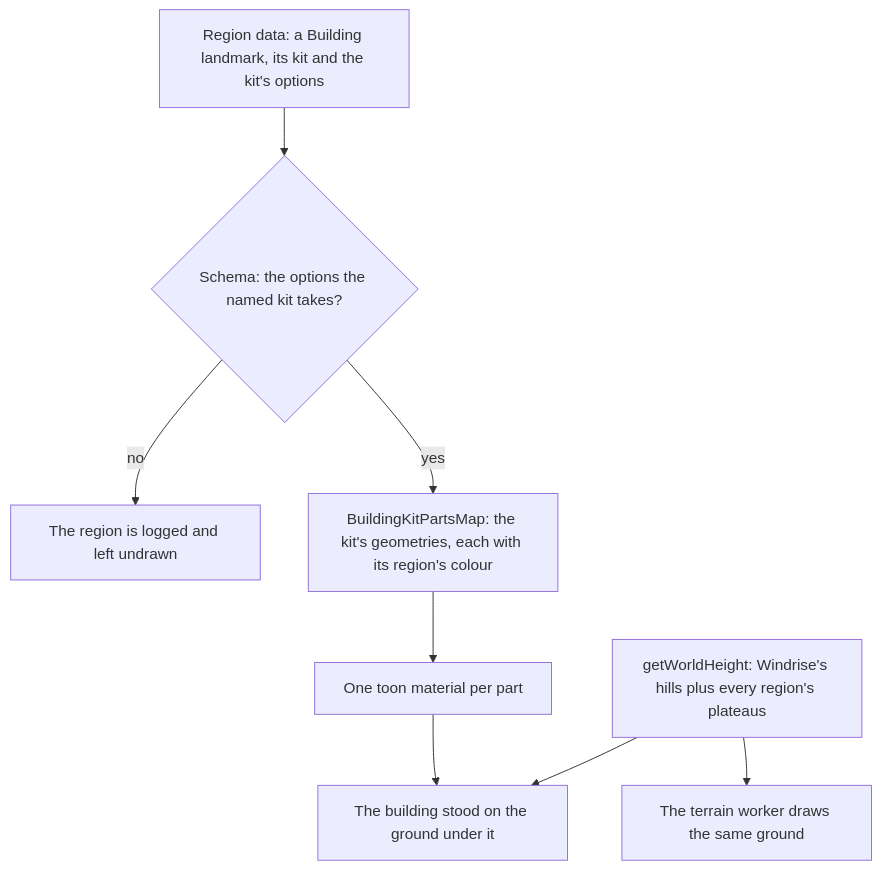
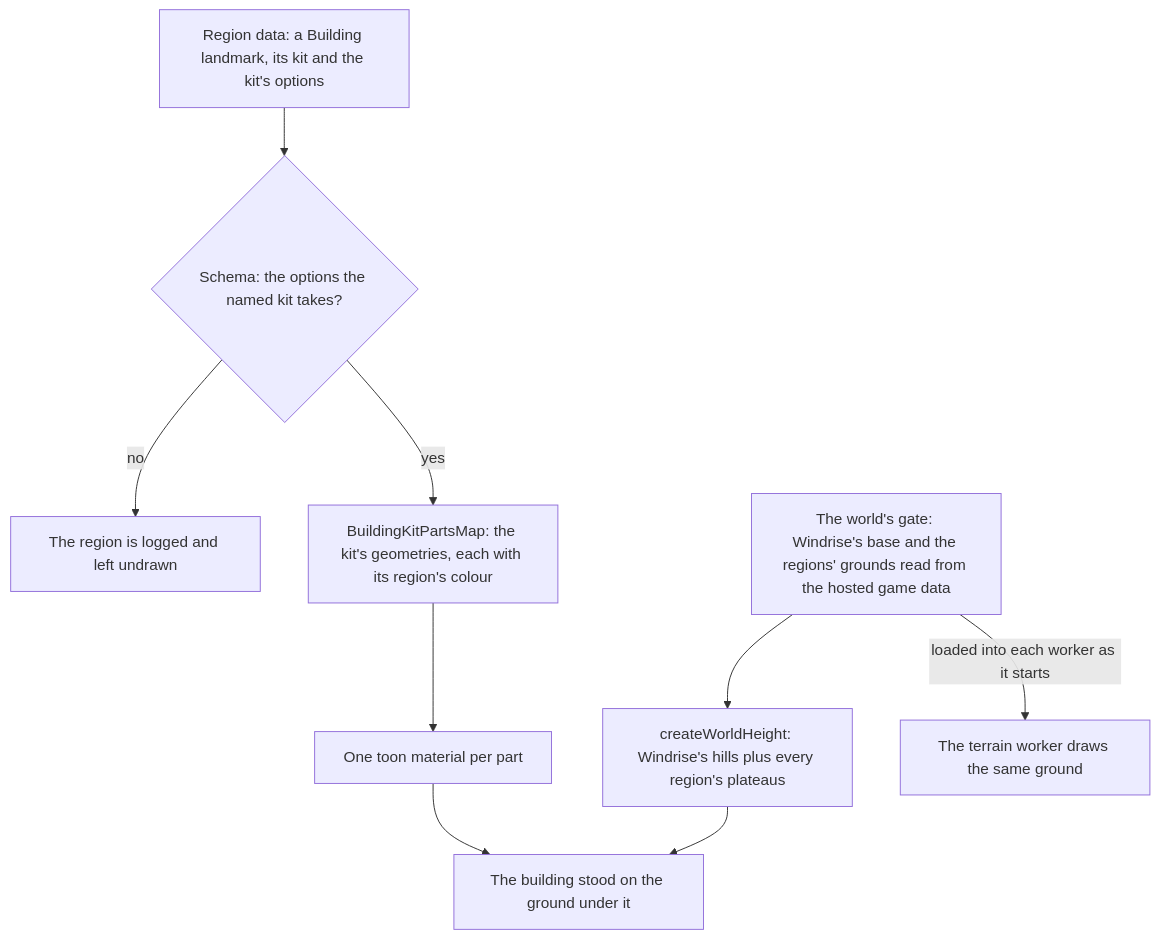
The diagram in apps/web/content/docs/genshin/region-buildings.md (Esposter/Esposter), drawn with Mermaid before and after one commit. The commit also changed other lines of this file and 17 other files, not shown here.

First line of the commit message:
docs(genshin): the world's gate reads the ground, catalogue and animals, the session hands the one ground down, and each terrain worker is loaded with its ground before its first tile

````diff
--- a/apps/web/content/docs/genshin/region-buildings.md
+++ b/apps/web/content/docs/genshin/region-buildings.md
@@ -12,10 +12,11 @@
 ```mermaid
 flowchart TD
   RD["Region data: a Building landmark, its kit and the kit's options"] --> SC{"Schema: the options the named kit takes?"}
   SC -->|no| ERR[The region is logged and left undrawn]
   SC -->|yes| MAP["BuildingKitPartsMap: the kit's geometries, each with its region's colour"]
   MAP --> MAT[One toon material per part]
-  G["getWorldHeight: Windrise's hills plus every region's plateaus"] --> POS[The building stood on the ground under it]
+  GD["The world's gate: Windrise's base and the regions' grounds read from the hosted game data"] --> G
+  G["createWorldHeight: Windrise's hills plus every region's plateaus"] --> POS[The building stood on the ground under it]
   MAT --> POS
-  G --> WK[The terrain worker draws the same ground]
+  GD -->|"loaded into each worker as it starts"| WK[The terrain worker draws the same ground]
 ```
````
